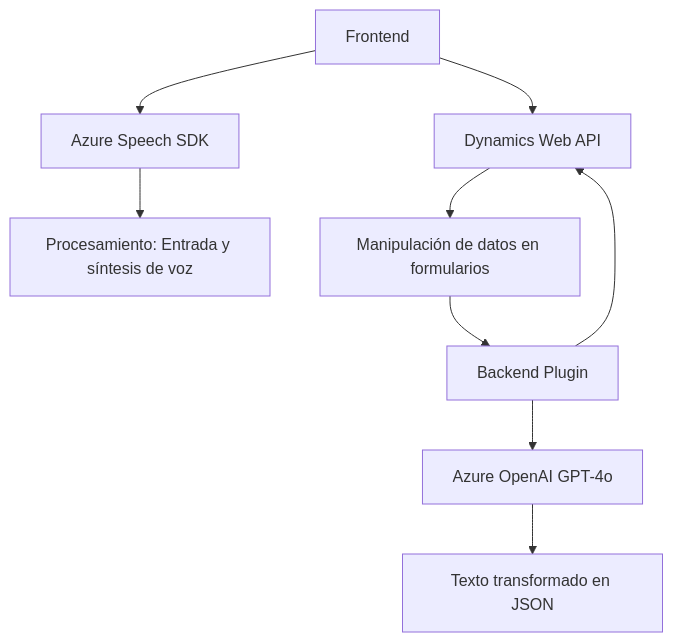
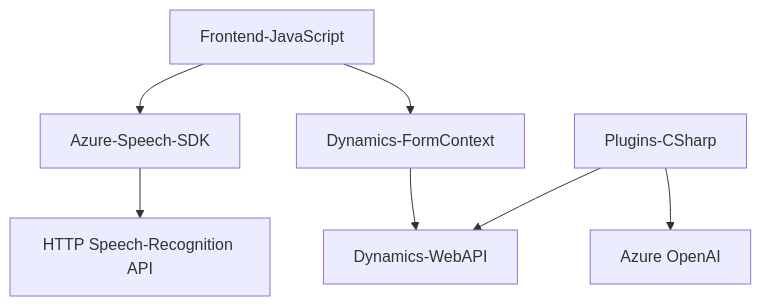
The diagram in README.md (blopezdm/NETCORE_BILBAO2025), drawn with Mermaid before and after one commit. The commit also changed other lines of this file, not shown here.

````diff
--- a/README.md
+++ b/README.md
@@ -43,12 +41,17 @@
-```mermaid  
-graph TD  
-A["Frontend"] --> B["Azure Speech SDK"]  
-A --> C["Dynamics Web API"]  
-B --> D["Procesamiento: Entrada y síntesis de voz"]  
-C --> E["Manipulación de datos en formularios"]  
+```mermaid
+graph TD
+  A[Frontend-JavaScript]
+  B[Azure-Speech-SDK]
+  C[Dynamics-FormContext]
+  D["HTTP Speech-Recognition API"]
+  E[Azure OpenAI]
+  F[Plugins-CSharp]
+  G[Dynamics-WebAPI]
 
-E --> F["Backend Plugin"]  
-F --> G["Azure OpenAI GPT-4o"]  
-F --> C  
-G --> H["Texto transformado en JSON"]  
-```  
+  A --> B
+  A --> C
+  B --> D
+  C --> G
+  F --> G
+  F --> E
+```
````
